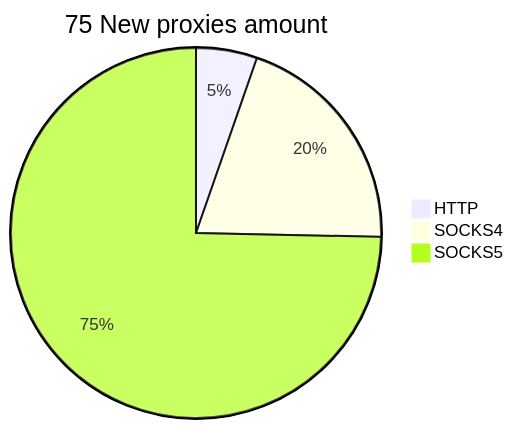
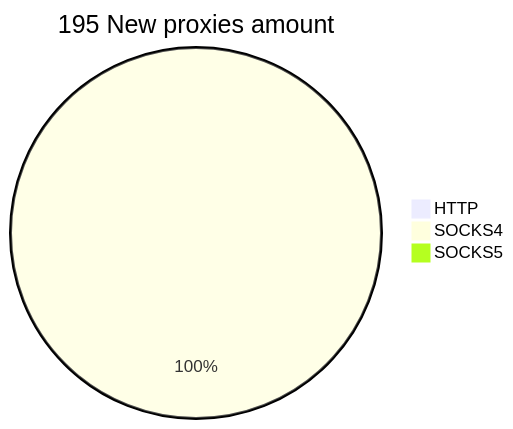
Before and after one commit to cutipu/proxylist: the second of 2 diagrams in README.md, drawn with Mermaid. The commit also changed other lines of this file, not shown here.

````diff
--- a/README.md
+++ b/README.md
@@ -10,6 +10,6 @@
 ```mermaid
-pie title 75 New proxies amount
-    "HTTP" : 4
-    "SOCKS4" : 15
-    "SOCKS5" : 56
+pie title 195 New proxies amount
+    "HTTP" : 0
+    "SOCKS4" : 196
+    "SOCKS5" : 0
 ```
````
